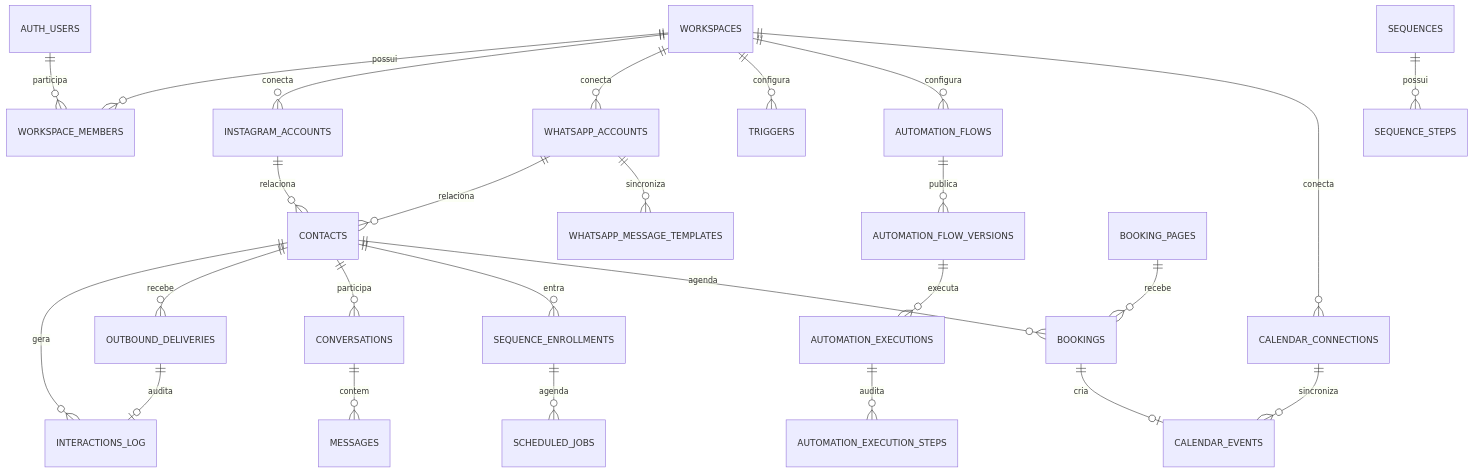
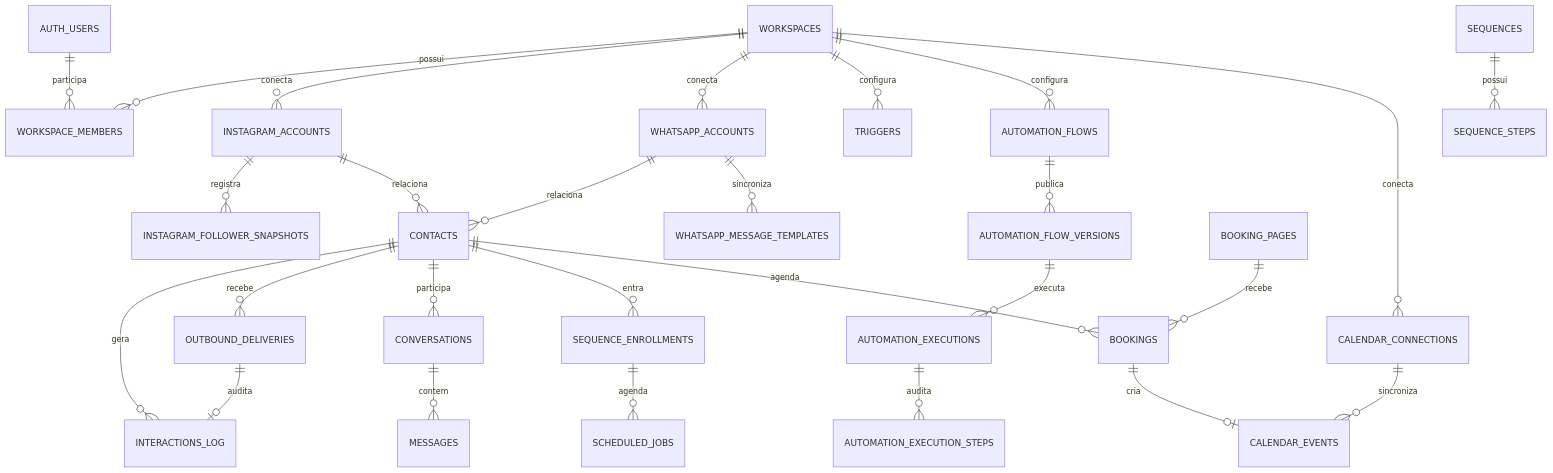
One commit to ShunWalChin/WalChat changed the diagram in docs/BANCO_DE_DADOS.md. Above: the diagram before and after it, drawn with Mermaid. The commit also changed other lines of this file and 26 other files, not shown here.

````diff
--- a/docs/BANCO_DE_DADOS.md
+++ b/docs/BANCO_DE_DADOS.md
@@ -7,28 +7,29 @@
 ```mermaid
 erDiagram
     AUTH_USERS ||--o{ WORKSPACE_MEMBERS : participa
     WORKSPACES ||--o{ WORKSPACE_MEMBERS : possui
     WORKSPACES ||--o{ INSTAGRAM_ACCOUNTS : conecta
+    INSTAGRAM_ACCOUNTS ||--o{ INSTAGRAM_FOLLOWER_SNAPSHOTS : registra
     WORKSPACES ||--o{ WHATSAPP_ACCOUNTS : conecta
     INSTAGRAM_ACCOUNTS ||--o{ CONTACTS : relaciona
     WHATSAPP_ACCOUNTS ||--o{ CONTACTS : relaciona
     WHATSAPP_ACCOUNTS ||--o{ WHATSAPP_MESSAGE_TEMPLATES : sincroniza
     CONTACTS ||--o{ INTERACTIONS_LOG : gera
     CONTACTS ||--o{ OUTBOUND_DELIVERIES : recebe
     OUTBOUND_DELIVERIES ||--o| INTERACTIONS_LOG : audita
     CONTACTS ||--o{ CONVERSATIONS : participa
     CONVERSATIONS ||--o{ MESSAGES : contem
     WORKSPACES ||--o{ TRIGGERS : configura
     WORKSPACES ||--o{ AUTOMATION_FLOWS : configura
     AUTOMATION_FLOWS ||--o{ AUTOMATION_FLOW_VERSIONS : publica
     AUTOMATION_FLOW_VERSIONS ||--o{ AUTOMATION_EXECUTIONS : executa
     AUTOMATION_EXECUTIONS ||--o{ AUTOMATION_EXECUTION_STEPS : audita
     SEQUENCES ||--o{ SEQUENCE_STEPS : possui
     CONTACTS ||--o{ SEQUENCE_ENROLLMENTS : entra
     SEQUENCE_ENROLLMENTS ||--o{ SCHEDULED_JOBS : agenda
     WORKSPACES ||--o{ CALENDAR_CONNECTIONS : conecta
     CALENDAR_CONNECTIONS ||--o{ CALENDAR_EVENTS : sincroniza
     BOOKING_PAGES ||--o{ BOOKINGS : recebe
     BOOKINGS ||--o| CALENDAR_EVENTS : cria
     CONTACTS ||--o{ BOOKINGS : agenda
 ```
````
